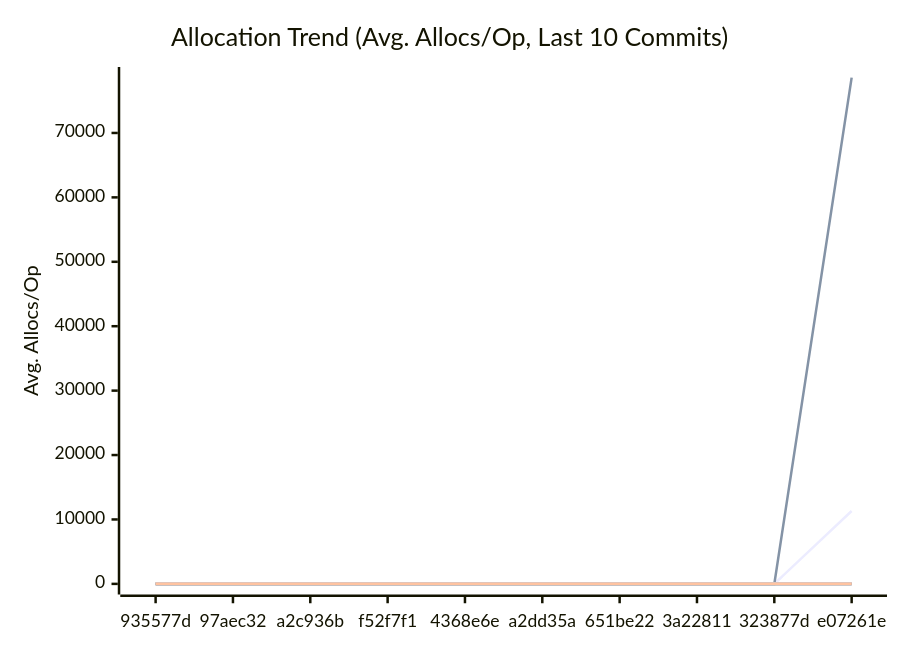
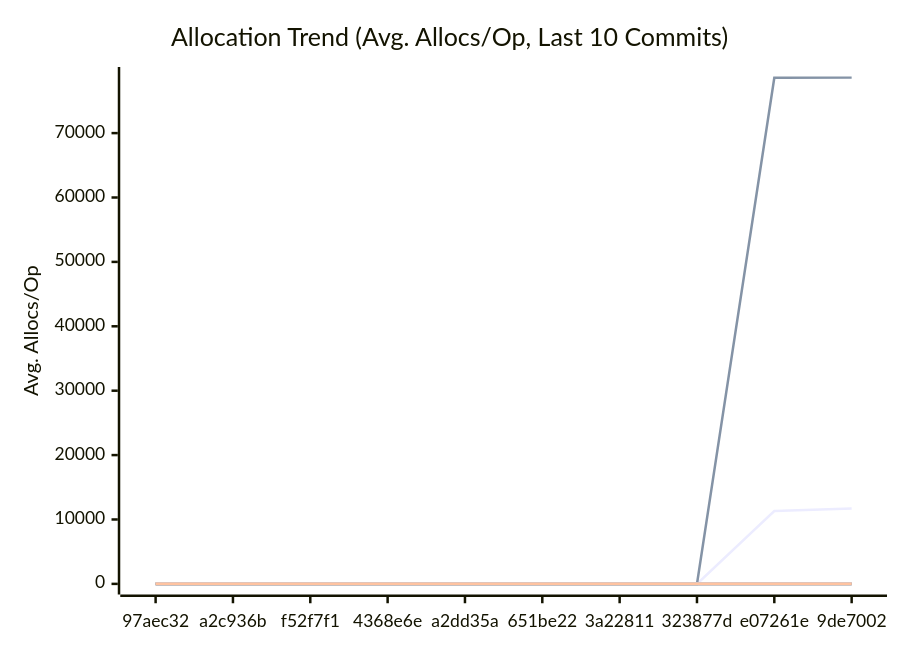
Before and after one commit to alsotoes/momo: the third of 3 diagrams in docs/PERFORMANCE.md, drawn with Mermaid. The commit also changed other lines of this file and 2 other files, not shown here.

````diff
--- a/docs/PERFORMANCE.md
+++ b/docs/PERFORMANCE.md
@@ -195,20 +197,20 @@
 ```mermaid
 xychart-beta
     title "Allocation Trend (Avg. Allocs/Op, Last 10 Commits)"
     x-axis "Commit"
     y-axis "Avg. Allocs/Op"
-    x-axis [935577d,97aec32,a2c936b,f52f7f1,4368e6e,a2dd35a,651be22,3a22811,323877d,e07261e]
-    line "AWSChunkedReaderSigned" [0,0,0,0,0,0,0,0,0,11316]
-    line "AWSChunkedReaderUnsigned" [0,0,0,0,0,0,0,0,0,78590]
+    x-axis [97aec32,a2c936b,f52f7f1,4368e6e,a2dd35a,651be22,3a22811,323877d,e07261e,9de7002]
+    line "AWSChunkedReaderSigned" [0,0,0,0,0,0,0,0,11316,11705]
+    line "AWSChunkedReaderUnsigned" [0,0,0,0,0,0,0,0,78590,78616]
     line "CheckMetricsAndSwap" [0,0,0,0,0,0,0,0,0,0]
     line "CrushOptimized" [0,0,0,0,0,0,0,0,0,0]
     line "CrushOriginal" [3,3,3,3,3,3,3,3,3,3]
     line "IndexDirectTracking" [0,0,0,0,0,0,0,0,0,0]
     line "IndexSearch" [0,0,0,0,0,0,0,0,0,0]
     line "LoadGlobalConfig" [46,46,46,46,46,46,46,46,46,46]
     line "PadString" [1,1,1,1,1,1,1,1,1,1]
     line "ParseReplicationOrder_NoPrealloc" [6,6,6,6,6,5,5,5,5,5]
     line "ParseReplicationOrder_Prealloc" [2,2,2,2,2,1,1,1,1,1]
     line "SanitizeLog/Safe" [0,0,0,0,0,0,0,0,0,0]
     line "SanitizeLog/Unsafe" [1,1,1,1,1,1,1,1,1,1]
 ```
````
